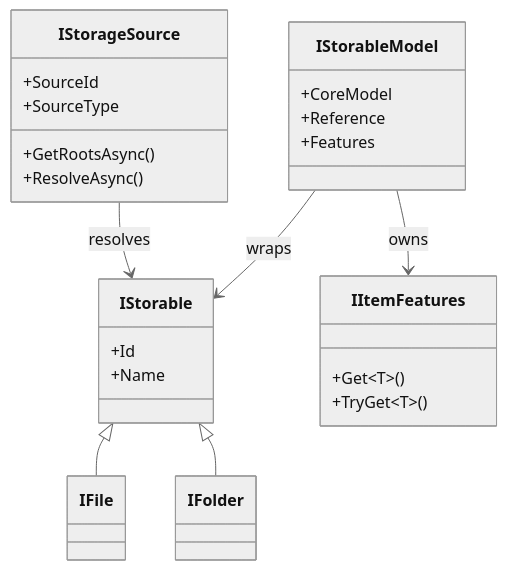
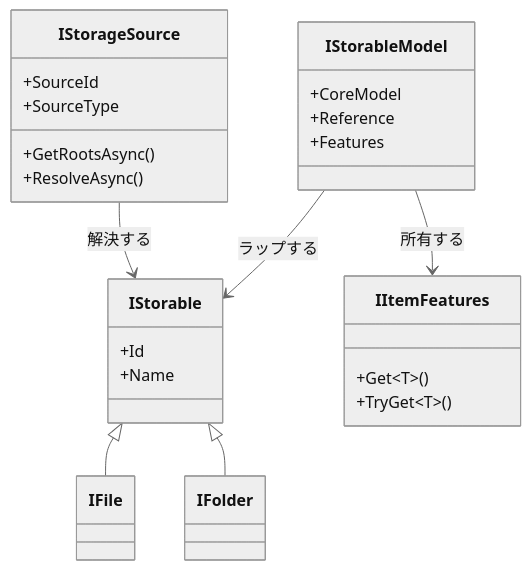
The first of 3 diagrams in docs/architecture/storage-models.md (0x5bfa/Files), drawn with Mermaid (neutral theme) before and after one commit. The commit also changed other lines of this file and 18 other files, not shown here.

Commit message:
Translate architecture docs to Japanese

````diff
--- a/docs/architecture/storage-models.md
+++ b/docs/architecture/storage-models.md
@@ -17,30 +14,30 @@
 ```mermaid
 classDiagram
     class IStorageSource {
         +SourceId
         +SourceType
         +GetRootsAsync()
         +ResolveAsync()
     }
     class IStorable {
         +Id
         +Name
     }
     class IFile
     class IFolder
     class IStorableModel {
         +CoreModel
         +Reference
         +Features
     }
     class IItemFeatures {
         +Get~T~()
         +TryGet~T~()
     }
 
     IStorable <|-- IFile
     IStorable <|-- IFolder
-    IStorageSource --> IStorable : resolves
-    IStorableModel --> IStorable : wraps
-    IStorableModel --> IItemFeatures : owns
+    IStorageSource --> IStorable : 解決する
+    IStorableModel --> IStorable : ラップする
+    IStorableModel --> IItemFeatures : 所有する
 ```
````
